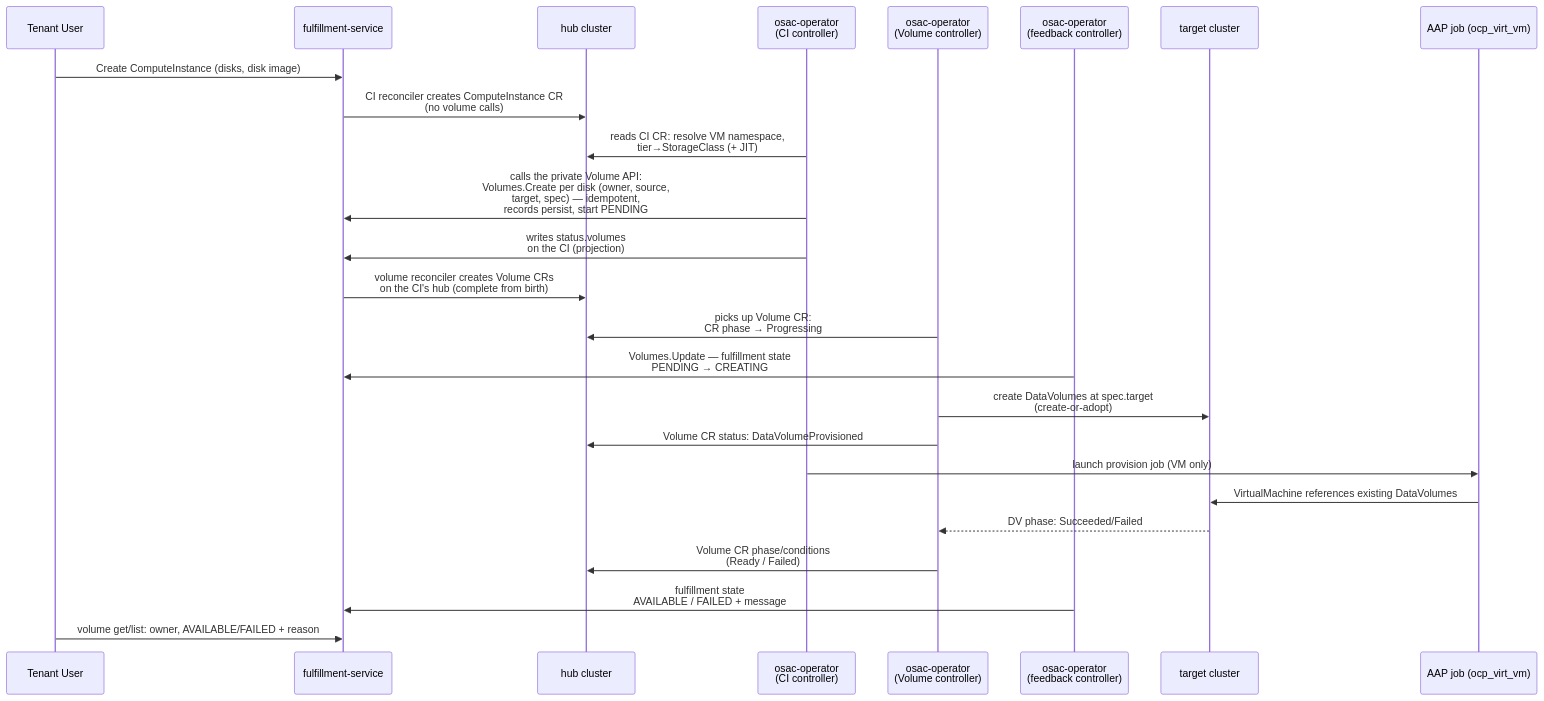
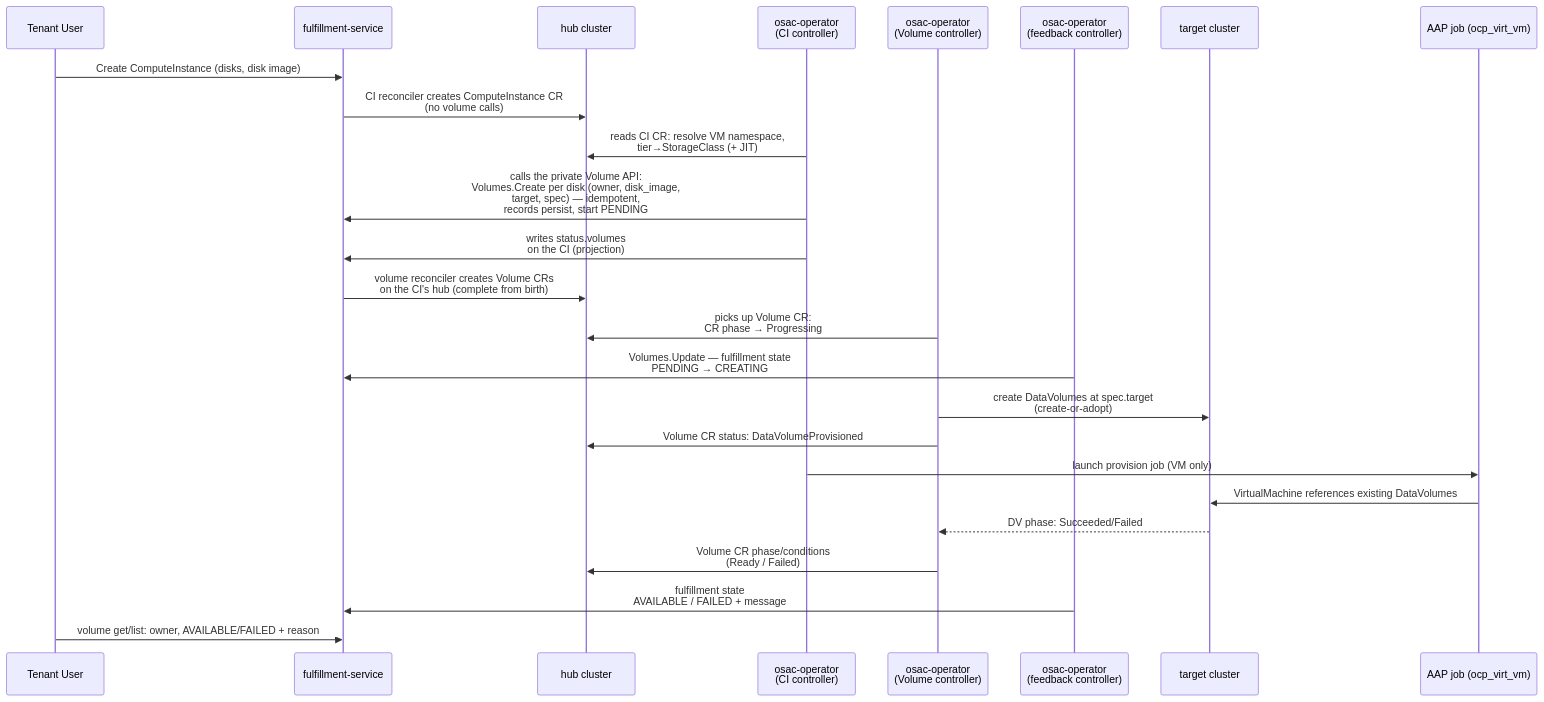
The first of 2 diagrams in enhancements/OSAC-7749-volume-api-vmass-provisioning/design.md (osac-project/enhancement-proposals), drawn with Mermaid before and after one commit. The commit also changed other lines of this file and 1 other file, not shown here.

````diff
--- a/enhancements/OSAC-7749-volume-api-vmass-provisioning/design.md
+++ b/enhancements/OSAC-7749-volume-api-vmass-provisioning/design.md
@@ -100,28 +100,28 @@
 ```mermaid
 sequenceDiagram
     participant TU as Tenant User
     participant F as fulfillment-service
     participant H as hub cluster
     participant CI as osac-operator<br/>(CI controller)
     participant VC as osac-operator<br/>(Volume controller)
     participant FB as osac-operator<br/>(feedback controller)
     participant T as target cluster
     participant AAP as AAP job (ocp_virt_vm)
 
     TU->>F: Create ComputeInstance (disks, disk image)
     F->>H: CI reconciler creates ComputeInstance CR<br/>(no volume calls)
     CI->>H: reads CI CR: resolve VM namespace,<br/>tier→StorageClass (+ JIT)
-    CI->>F: calls the private Volume API:<br/>Volumes.Create per disk (owner, source,<br/>target, spec) — idempotent,<br/>records persist, start PENDING
+    CI->>F: calls the private Volume API:<br/>Volumes.Create per disk (owner, disk_image,<br/>target, spec) — idempotent,<br/>records persist, start PENDING
     CI->>F: writes status.volumes<br/>on the CI (projection)
     F->>H: volume reconciler creates Volume CRs<br/>on the CI's hub (complete from birth)
     VC->>H: picks up Volume CR:<br/>CR phase → Progressing
     FB->>F: Volumes.Update — fulfillment state<br/>PENDING → CREATING
     VC->>T: create DataVolumes at spec.target<br/>(create-or-adopt)
     VC->>H: Volume CR status: DataVolumeProvisioned
     CI->>AAP: launch provision job (VM only)
     AAP->>T: VirtualMachine references existing DataVolumes
     T-->>VC: DV phase: Succeeded/Failed
     VC->>H: Volume CR phase/conditions<br/>(Ready / Failed)
     FB->>F: fulfillment state<br/>AVAILABLE / FAILED + message
     TU->>F: volume get/list: owner, AVAILABLE/FAILED + reason
 ```
````
